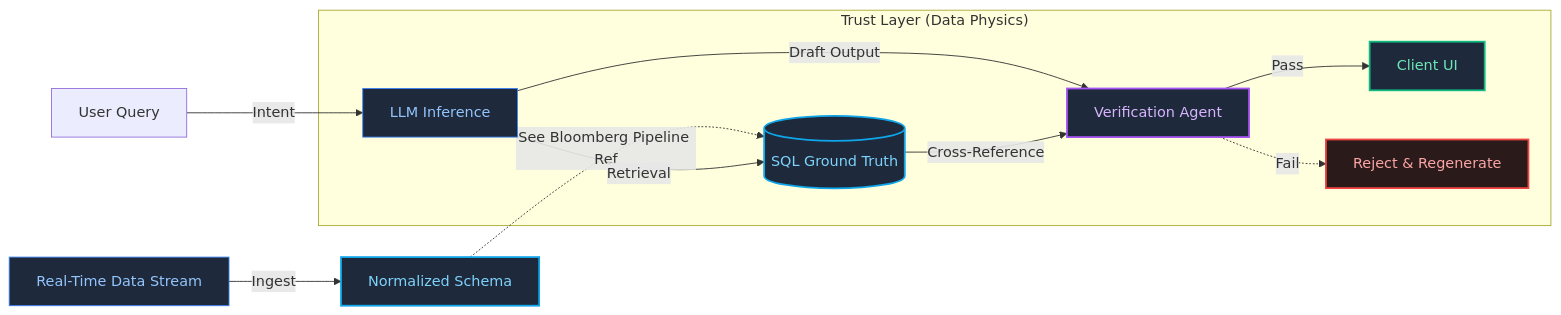
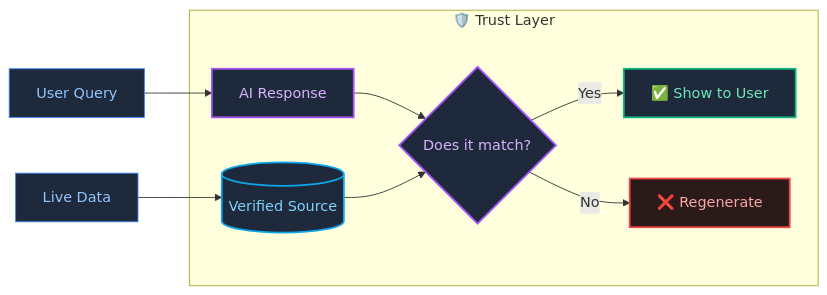
The diagram in README.md (shifujosh/BetSpecs-Engine), drawn with Mermaid before and after one commit. The commit also changed other lines of this file, not shown here.

Commit message:
feat: Update portfolio assets (AI-Native Architect Revamp)

````diff
--- a/README.md
+++ b/README.md
@@ -11,22 +21,18 @@
 ```mermaid
 flowchart LR
-    %% --- Styling (Dark Mode Native) ---
     classDef stream fill:#1e293b,stroke:#3b82f6,stroke-width:1px,color:#93c5fd;
     classDef db fill:#1e293b,stroke:#0ea5e9,stroke-width:2px,color:#7dd3fc;
     classDef logic fill:#1e293b,stroke:#a855f7,stroke-width:2px,color:#d8b4fe;
     classDef error fill:#2a1a1a,stroke:#ef4444,stroke-width:2px,color:#fca5a5;
     classDef success fill:#1e293b,stroke:#10b981,stroke-width:2px,color:#6ee7b7;
 
-    Stream[Real-Time Data Stream]:::stream -->|Ingest| Norm[Normalized Schema]:::db
-    Norm -.->|See Bloomberg Pipeline Ref| DB[(SQL Ground Truth)]:::db
+    Data[Live Data]:::stream --> DB[(Verified Source)]:::db
+    User[User Query]:::stream --> AI[AI Response]:::logic
     
-    User[User Query] -->|Intent| LLM[LLM Inference]:::stream
-    LLM -->|Retrieval| DB
-    
-    subgraph "Trust Layer (Data Physics)"
-        LLM -->|Draft Output| Verifier[Verification Agent]:::logic
-        DB -->|Cross-Reference| Verifier
-        Verifier -->|Pass| Final[Client UI]:::success
-        Verifier -.->|Fail| Error[Reject & Regenerate]:::error
+    subgraph Trust ["🛡️ Trust Layer"]
+        AI --> Check{"Does it match?"}:::logic
+        DB --> Check
+        Check -->|Yes| Display[✅ Show to User]:::success
+        Check -->|No| Reject[❌ Regenerate]:::error
     end
 ```
````
